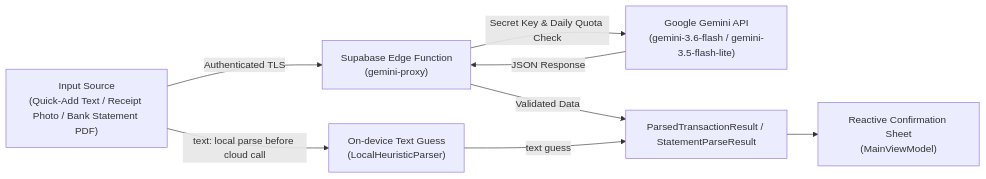
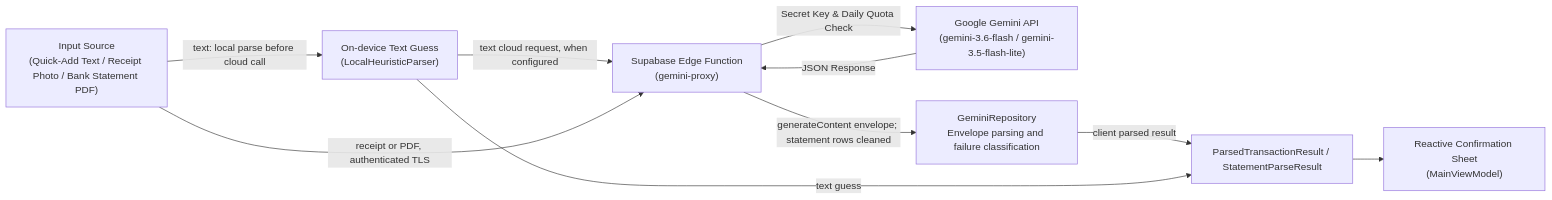
One commit to vaibhavcodesx/kharcha-paani changed the sixth of 6 diagrams in docs/architecture.md. Above: the diagram before and after it, drawn with Mermaid. The commit also changed other lines of this file, not shown here.

Commit message:
Map scheduling, proxy parsing and actual foreign keys accurately

````diff
--- a/docs/architecture.md
+++ b/docs/architecture.md
@@ -278,16 +279,19 @@
 ```mermaid
 flowchart LR
     Input["Input Source\n(Quick-Add Text / Receipt Photo / Bank Statement PDF)"]
     LocalFallback["On-device Text Guess\n(LocalHeuristicParser)"]
     EdgeFunction["Supabase Edge Function\n(gemini-proxy)"]
     GeminiModel["Google Gemini API\n(gemini-3.6-flash / gemini-3.5-flash-lite)"]
+    ClientParse["GeminiRepository\nEnvelope parsing and failure classification"]
     Result["ParsedTransactionResult / StatementParseResult"]
 
     Input -->|text: local parse before cloud call| LocalFallback
-    Input -->|Authenticated TLS| EdgeFunction
+    LocalFallback -->|text cloud request, when configured| EdgeFunction
+    Input -->|receipt or PDF, authenticated TLS| EdgeFunction
     EdgeFunction -->|Secret Key & Daily Quota Check| GeminiModel
     GeminiModel -->|JSON Response| EdgeFunction
-    EdgeFunction -->|Validated Data| Result
+    EdgeFunction -->|generateContent envelope; statement rows cleaned| ClientParse
+    ClientParse -->|client parsed result| Result
     LocalFallback -->|text guess| Result
     Result --> BottomSheet["Reactive Confirmation Sheet\n(MainViewModel)"]
 ```
````
